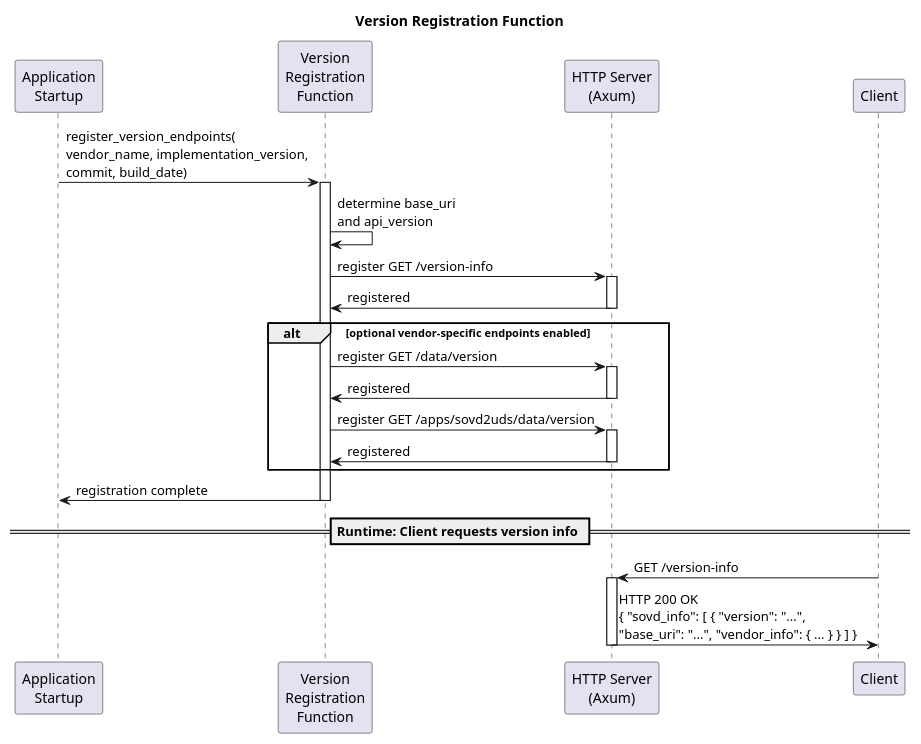
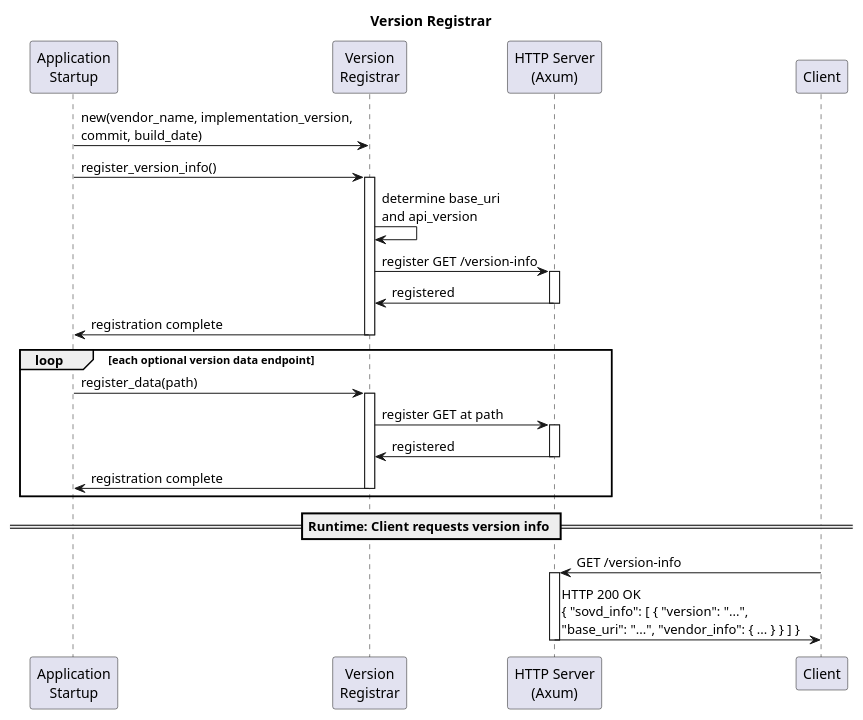
The diagram in docs/03_architecture/02_sovd-api/images/version_registration.puml (eclipse-opensovd/classic-diagnostic-adapter), drawn with PlantUML before and after one commit. The commit also changed 8 other files, not shown here.

Commit message:
refactor(sovd): centralize version endpoint registration

```diff
--- a/docs/03_architecture/02_sovd-api/images/version_registration.puml
+++ b/docs/03_architecture/02_sovd-api/images/version_registration.puml
@@ -12,42 +12,42 @@
 @startuml
-title Version Registration Function
+title Version Registrar
 
 participant "Application\nStartup" as APP
-participant "Version\nRegistration\nFunction" as VREG
+participant "Version\nRegistrar" as VREG
 participant "HTTP Server\n(Axum)" as HTTP
 
-APP -> VREG : register_version_endpoints(\nvendor_name, implementation_version,\ncommit, build_date)
+APP -> VREG : new(vendor_name, implementation_version,\ncommit, build_date)
+APP -> VREG : register_version_info()
 activate VREG
 
 VREG -> VREG : determine base_uri\nand api_version
 
 VREG -> HTTP : register GET /version-info
 activate HTTP
 HTTP -> VREG : registered
 deactivate HTTP
 
-alt optional vendor-specific endpoints enabled
-    VREG -> HTTP : register GET /data/version
+VREG -> APP : registration complete
+deactivate VREG
+
+loop each optional version data endpoint
+    APP -> VREG : register_data(path)
+    activate VREG
+    VREG -> HTTP : register GET at path
     activate HTTP
     HTTP -> VREG : registered
     deactivate HTTP
-
-    VREG -> HTTP : register GET /apps/sovd2uds/data/version
-    activate HTTP
-    HTTP -> VREG : registered
-    deactivate HTTP
+    VREG -> APP : registration complete
+    deactivate VREG
 end
-
-VREG -> APP : registration complete
-deactivate VREG
 
 == Runtime: Client requests version info ==
 
 participant Client
 
 Client -> HTTP : GET /version-info
 activate HTTP
 HTTP -> Client : HTTP 200 OK\n{ "sovd_info": [ { "version": "...",\n"base_uri": "...", "vendor_info": { ... } } ] }
 deactivate HTTP
 
 @enduml
```
